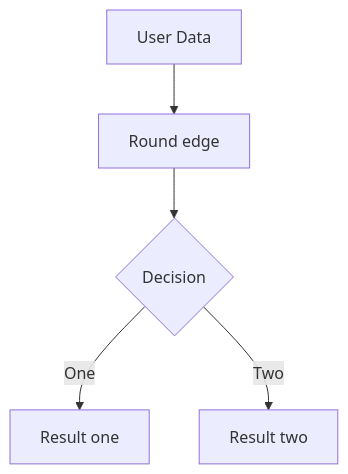
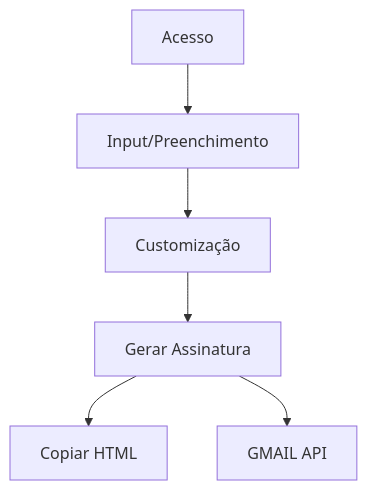
One commit to rpradosilva/rpradosilva changed the diagram in ideas/gae.md. Above: the diagram before and after it, drawn with Mermaid. The commit also changed other lines of this file, not shown here.

````diff
--- a/ideas/gae.md
+++ b/ideas/gae.md
@@ -6,7 +26,7 @@
 ```mermaid
-graph TB
-A[User Data] --> B[Round edge]
-    B --> C{Decision}
-    C -->|One| D[Result one]
-    C -->|Two| E[Result two]
+flowchart TB
+    Acesso-->Input/Preenchimento
+    Input/Preenchimento-->C[Customização]
+    C[Customização]-->G[Gerar Assinatura]
+    G[Gerar Assinatura]--> H[Copiar HTML] & M[GMAIL API]
 ```
````
